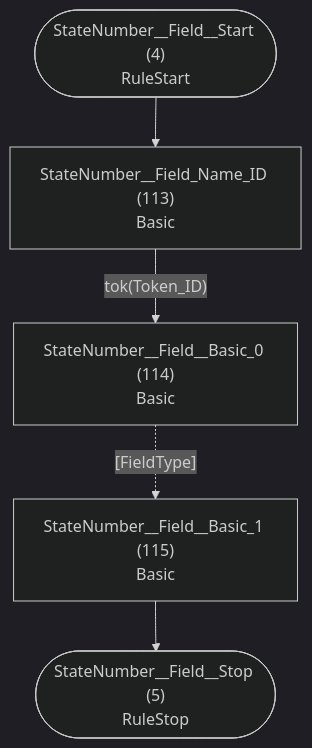
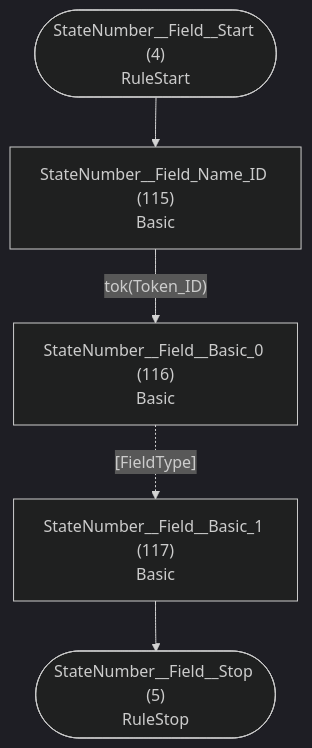
Before and after one commit to TypeFox/fastbelt: the third of 37 diagrams in internal/grammar/atn.md, drawn with Mermaid (dark theme). The commit also changed other lines of this file and 10 other files, not shown here.

Commit message:
Add group type and command to token groups

````diff
--- a/internal/grammar/atn.md
+++ b/internal/grammar/atn.md
@@ -117,13 +117,13 @@
 ```mermaid
 flowchart TD
     q4(["StateNumber__Field__Start (4)<br/>RuleStart"])
     q5(["StateNumber__Field__Stop (5)<br/>RuleStop"])
-    q113["StateNumber__Field_Name_ID (113)<br/>Basic<br/>"]
-    q114["StateNumber__Field__Basic_0 (114)<br/>Basic<br/>"]
-    q115["StateNumber__Field__Basic_1 (115)<br/>Basic<br/>"]
+    q115["StateNumber__Field_Name_ID (115)<br/>Basic<br/>"]
+    q116["StateNumber__Field__Basic_0 (116)<br/>Basic<br/>"]
+    q117["StateNumber__Field__Basic_1 (117)<br/>Basic<br/>"]
 
-    q4 --> q113
-    q113 -->|"tok(Token_ID)"| q114
-    q114 -.->|"[FieldType]"| q115
-    q115 --> q5
+    q4 --> q115
+    q115 -->|"tok(Token_ID)"| q116
+    q116 -.->|"[FieldType]"| q117
+    q117 --> q5
 ```
````
